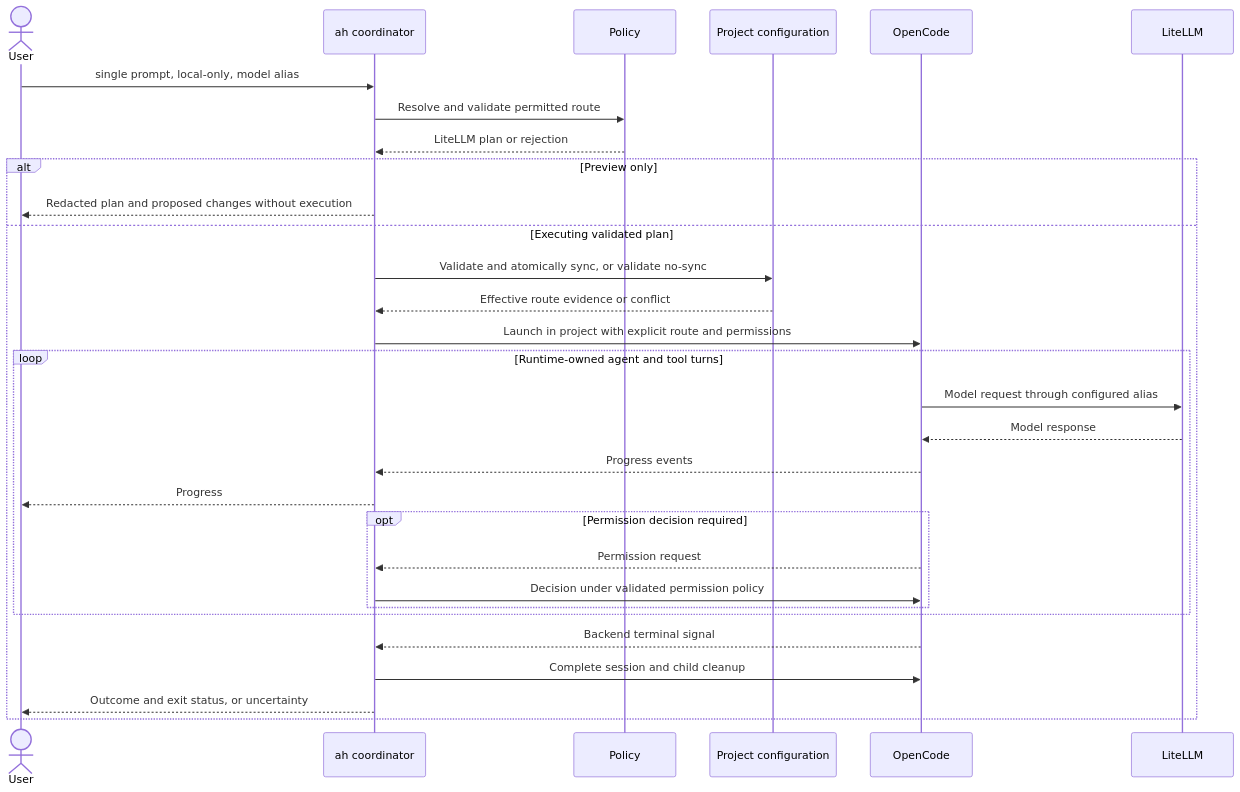
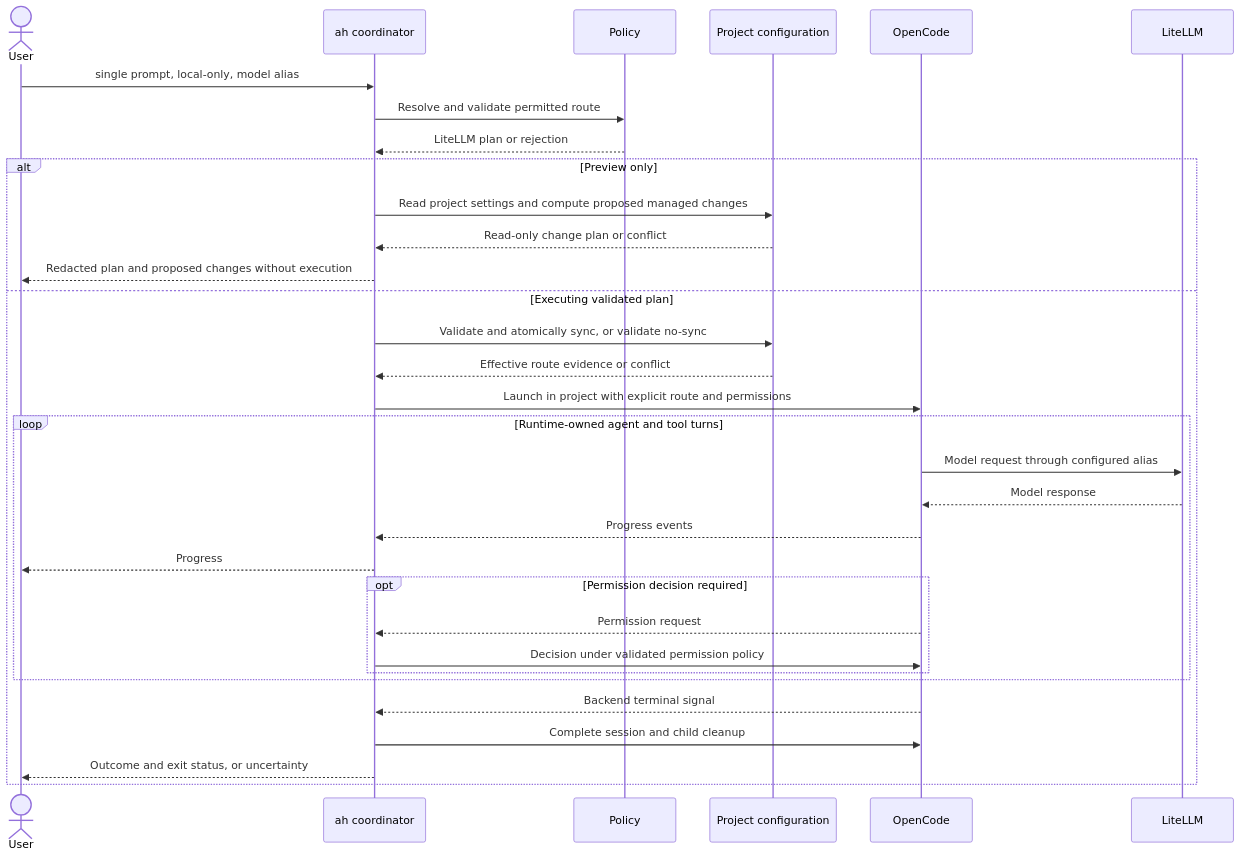
The third of 6 diagrams in docs/ARCHITECTURE.md (awesomejt/agent-harness), drawn with Mermaid before and after one commit. The commit also changed other lines of this file and 5 other files, not shown here.

Commit message:
docs: align lifecycle and diagram rejection paths after review

````diff
--- a/docs/ARCHITECTURE.md
+++ b/docs/ARCHITECTURE.md
@@ -50,32 +50,34 @@
 ```mermaid
 sequenceDiagram
     actor User
     participant AH as ah coordinator
     participant Policy
     participant Config as Project configuration
     participant OC as OpenCode
     participant LM as LiteLLM
     User->>AH: single prompt, local-only, model alias
     AH->>Policy: Resolve and validate permitted route
     Policy-->>AH: LiteLLM plan or rejection
     alt Preview only
+        AH->>Config: Read project settings and compute proposed managed changes
+        Config-->>AH: Read-only change plan or conflict
         AH-->>User: Redacted plan and proposed changes without execution
     else Executing validated plan
         AH->>Config: Validate and atomically sync, or validate no-sync
         Config-->>AH: Effective route evidence or conflict
         AH->>OC: Launch in project with explicit route and permissions
         loop Runtime-owned agent and tool turns
             OC->>LM: Model request through configured alias
             LM-->>OC: Model response
             OC-->>AH: Progress events
             AH-->>User: Progress
             opt Permission decision required
                 OC-->>AH: Permission request
                 AH->>OC: Decision under validated permission policy
             end
         end
         OC-->>AH: Backend terminal signal
         AH->>OC: Complete session and child cleanup
         AH-->>User: Outcome and exit status, or uncertainty
     end
 ```
````
